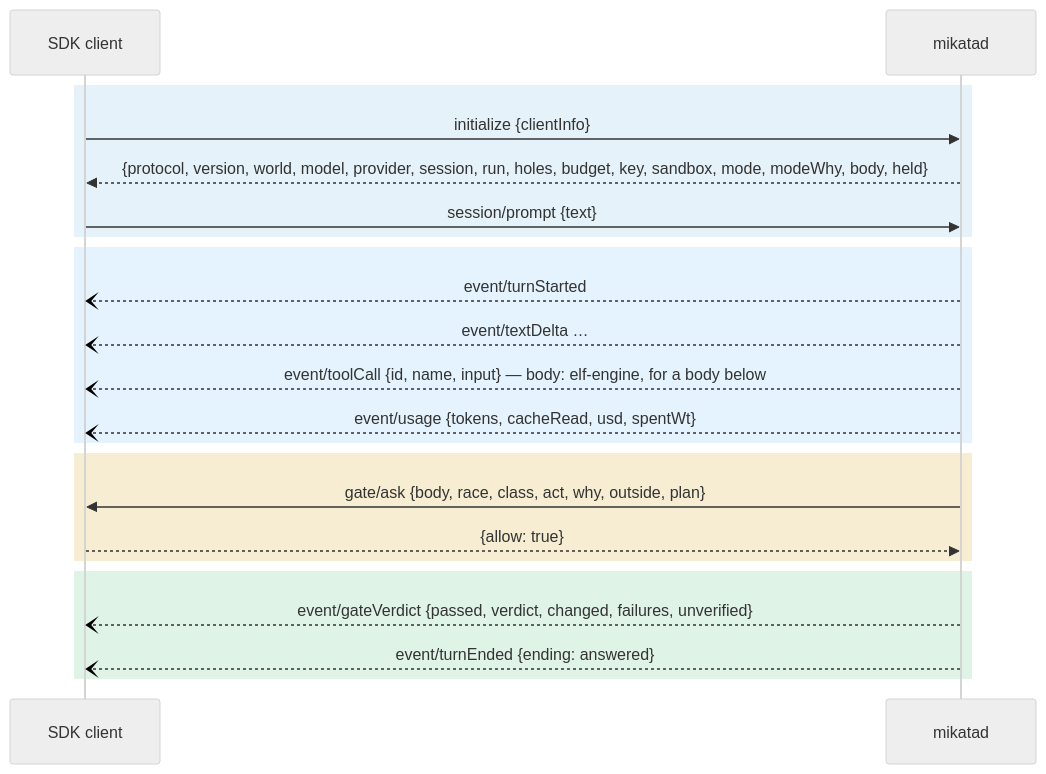
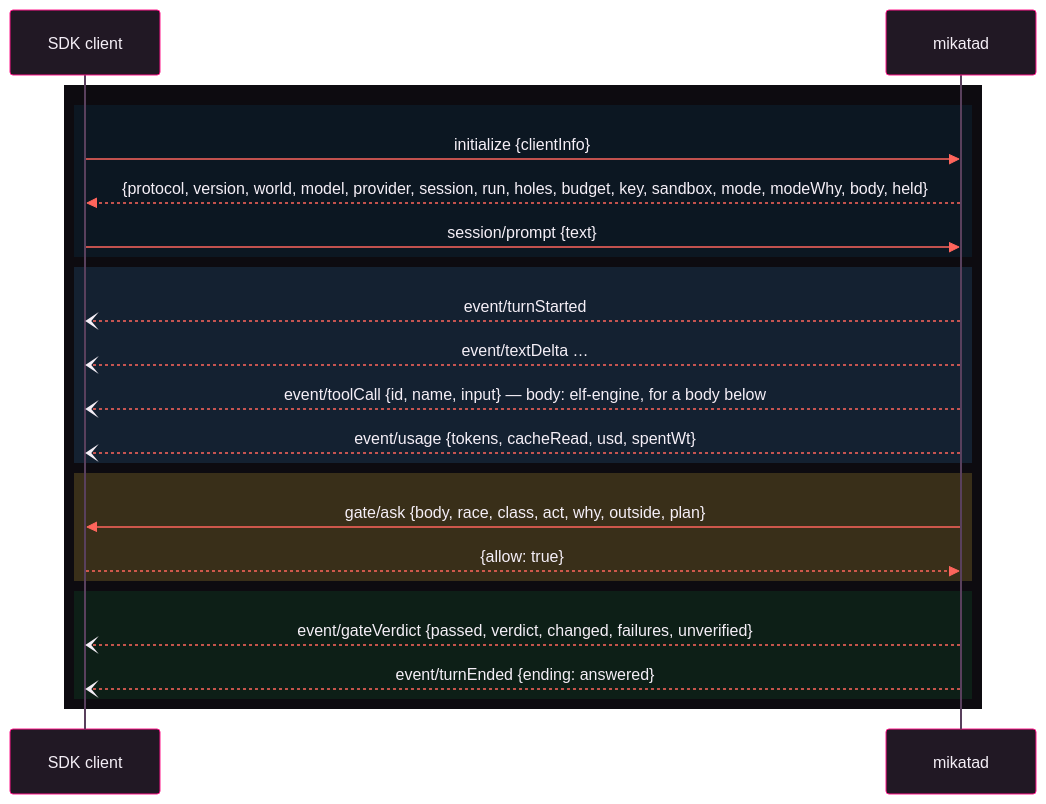
Before and after one commit to Kaginari/mikata: the diagram in docs/04-protocol.md, drawn with Mermaid. The commit also changed other lines of this file and 46 other files, not shown here.

````diff
--- a/docs/04-protocol.md
+++ b/docs/04-protocol.md
@@ -18,31 +18,78 @@
 ```mermaid
 ---
 config:
-  look: handDrawn
-  theme: neutral
+  theme: base
+  themeVariables:
+    darkMode: true
+    background: "#0d0b10"
+    fontFamily: "Inter, Segoe UI, system-ui, -apple-system, Helvetica, Arial, sans-serif"
+    fontSize: "15px"
+    primaryColor: "#211824"
+    primaryTextColor: "#f5eff7"
+    primaryBorderColor: "#ff168a"
+    secondaryColor: "#2c2030"
+    secondaryTextColor: "#f5eff7"
+    secondaryBorderColor: "#ff655c"
+    tertiaryColor: "#16111b"
+    tertiaryTextColor: "#f5eff7"
+    tertiaryBorderColor: "#59405d"
+    lineColor: "#ff168a"
+    textColor: "#f5eff7"
+    titleColor: "#f5eff7"
+    edgeLabelBackground: "#16111b"
+    clusterBkg: "#16111b"
+    clusterBorder: "#59405d"
+    noteBkgColor: "#332711"
+    noteTextColor: "#ffe1a8"
+    noteBorderColor: "#ffb020"
+    actorBkg: "#211824"
+    actorBorder: "#ff168a"
+    actorTextColor: "#f5eff7"
+    actorLineColor: "#59405d"
+    signalColor: "#ff655c"
+    signalTextColor: "#f5eff7"
+    labelBoxBkgColor: "#211824"
+    labelBoxBorderColor: "#ff168a"
+    labelTextColor: "#f5eff7"
+    loopTextColor: "#f5eff7"
+    activationBkgColor: "#3a0f26"
+    activationBorderColor: "#ff168a"
+    sequenceNumberColor: "#0d0b10"
+    transitionColor: "#ff168a"
+    transitionLabelColor: "#f5eff7"
+    stateLabelColor: "#f5eff7"
+    stateBkg: "#211824"
+    labelBackgroundColor: "#16111b"
+    compositeBackground: "#16111b"
+    compositeTitleBackground: "#211824"
+    altBackground: "#16111b"
+    specialStateColor: "#b6f542"
+    innerEndBackground: "#b6f542"
   flowchart:
     wrappingWidth: 360
 ---
 sequenceDiagram
     participant C as SDK client
     participant D as mikatad
-    rect rgba(2,132,199,0.10)
-    C->>D: initialize {clientInfo}
-    D-->>C: {protocol, version, world, model, provider, session, run, holes, budget, key, sandbox, mode, modeWhy, body, held}
-    C->>D: session/prompt {text}
-    end
-    rect rgba(63,169,245,0.14)
-    D--)C: event/turnStarted
-    D--)C: event/textDelta …
-    D--)C: event/toolCall {id, name, input} — body: elf-engine, for a body below
-    D--)C: event/usage {tokens, cacheRead, usd, spentWt}
-    end
-    rect rgba(212,175,55,0.22)
-    D->>C: gate/ask {body, race, class, act, why, outside, plan}
-    C-->>D: {allow: true}
-    end
-    rect rgba(22,163,74,0.13)
-    D--)C: event/gateVerdict {passed, verdict, changed, failures, unverified}
-    D--)C: event/turnEnded {ending: answered}
+    rect rgb(13, 11, 16)
+      rect rgba(2,132,199,0.10)
+      C->>D: initialize {clientInfo}
+      D-->>C: {protocol, version, world, model, provider, session, run, holes, budget, key, sandbox, mode, modeWhy, body, held}
+      C->>D: session/prompt {text}
+      end
+      rect rgba(63,169,245,0.14)
+      D--)C: event/turnStarted
+      D--)C: event/textDelta …
+      D--)C: event/toolCall {id, name, input} — body: elf-engine, for a body below
+      D--)C: event/usage {tokens, cacheRead, usd, spentWt}
+      end
+      rect rgba(212,175,55,0.22)
+      D->>C: gate/ask {body, race, class, act, why, outside, plan}
+      C-->>D: {allow: true}
+      end
+      rect rgba(22,163,74,0.13)
+      D--)C: event/gateVerdict {passed, verdict, changed, failures, unverified}
+      D--)C: event/turnEnded {ending: answered}
+      end
     end
 ```
````
